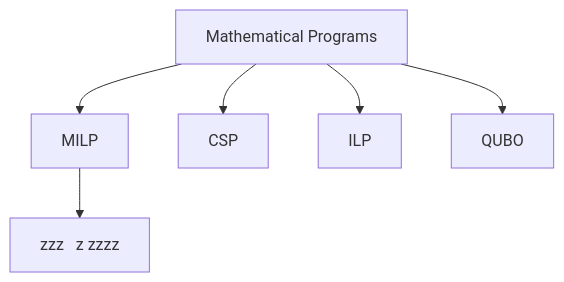
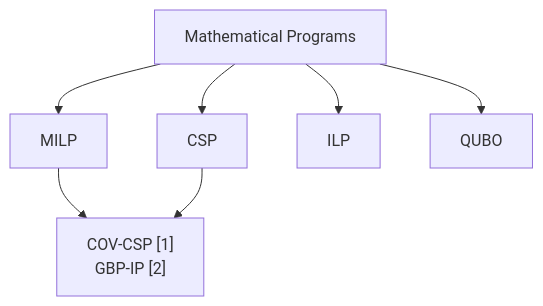
The diagram in README.md (NodesOnFire/GBP-MPs), drawn with Mermaid before and after one commit.

````diff
--- a/README.md
+++ b/README.md
@@ -4,8 +4,10 @@
 ```mermaid
 graph TD;
     MP["Mathematical Programs"] --> MILP;
     MP["Mathematical Programs"] --> CSP;
     MP["Mathematical Programs"] --> ILP;
     MP["Mathematical Programs"] --> QUBO;
-    MILP --> PROP-MILP["zzz&nbsp;&nbsp;&nbsp;z&nbsp;zzzz"];
+    MILP --> a["PROP-MILP"];
+    CSP --> a["COV-CSP [1]
+               GBP-IP [2]"];
 ```
````
